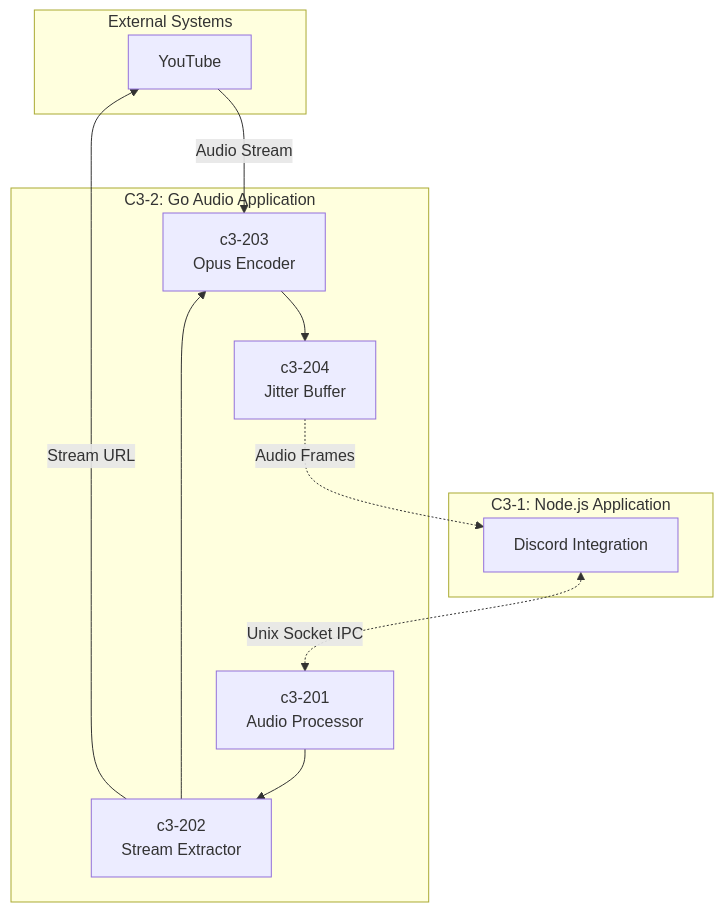
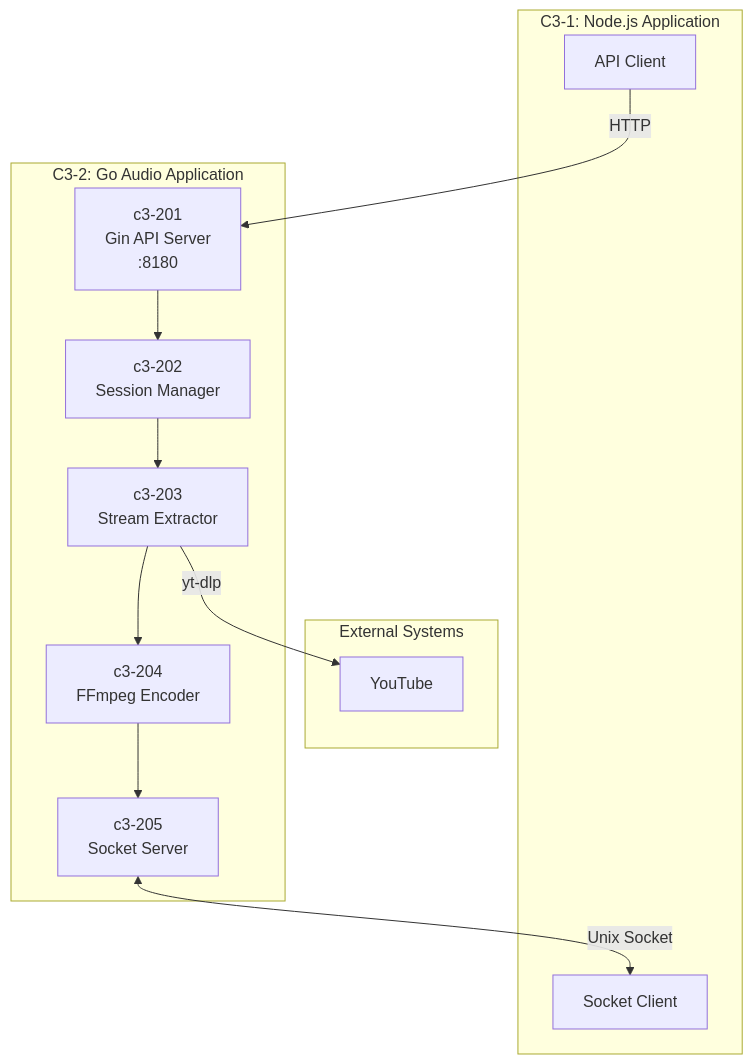
Before and after one commit to thewind121212/natashi: the first of 6 diagrams in .c3/c3-2-go-audio/README.md, drawn with Mermaid. The commit also changed other lines of this file and 34 other files, not shown here.

````diff
--- a/.c3/c3-2-go-audio/README.md
+++ b/.c3/c3-2-go-audio/README.md
@@ -22,25 +23,27 @@
 ```mermaid
 flowchart TB
     subgraph External["External Systems"]
         YOUTUBE[YouTube]
     end
 
     subgraph C3_1["C3-1: Node.js Application"]
-        NODE[Discord Integration]
+        API_CLIENT[API Client]
+        SOCKET_CLIENT[Socket Client]
     end
 
     subgraph C3_2["C3-2: Go Audio Application"]
-        C201[c3-201<br/>Audio Processor]
-        C202[c3-202<br/>Stream Extractor]
-        C203[c3-203<br/>Opus Encoder]
-        C204[c3-204<br/>Jitter Buffer]
+        c3_201[c3-201<br/>Gin API Server<br/>:8180]
+        c3_202[c3-202<br/>Session Manager]
+        c3_203[c3-203<br/>Stream Extractor]
+        c3_204[c3-204<br/>FFmpeg Encoder]
+        c3_205[c3-205<br/>Socket Server]
     end
 
-    NODE <-.->|Unix Socket IPC| C201
-    C201 --> C202
-    C202 -->|Stream URL| YOUTUBE
-    YOUTUBE -->|Audio Stream| C203
-    C202 --> C203
-    C203 --> C204
-    C204 -.->|Audio Frames| NODE
+    API_CLIENT -->|HTTP| c3_201
+    c3_201 --> c3_202
+    c3_202 --> c3_203
+    c3_203 -->|yt-dlp| YOUTUBE
+    c3_203 --> c3_204
+    c3_204 --> c3_205
+    c3_205 <-->|Unix Socket| SOCKET_CLIENT
 ```
````
